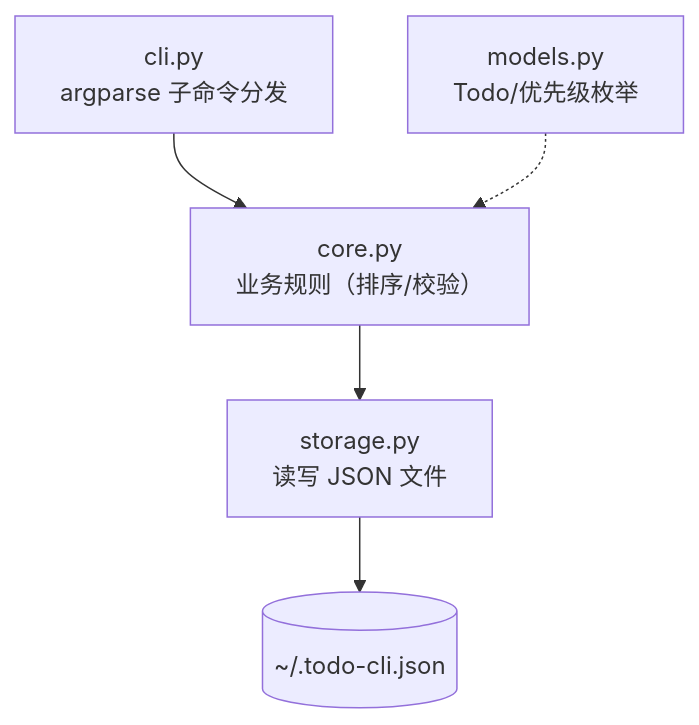
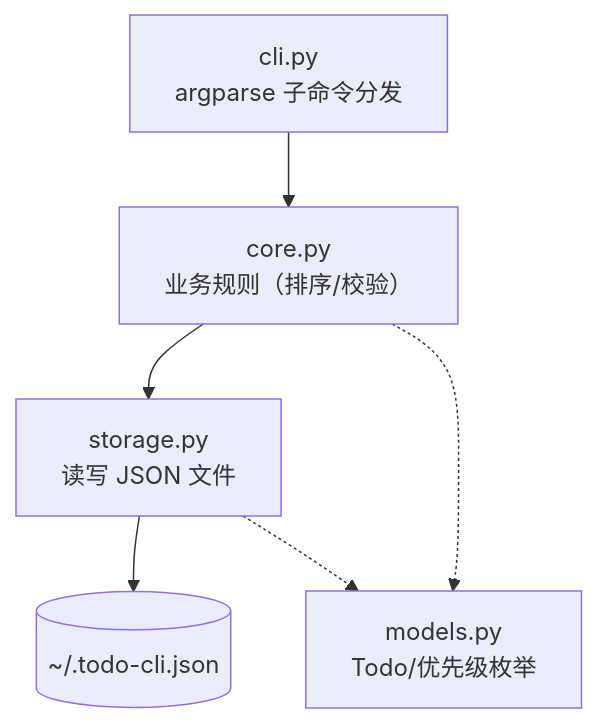
The first of 7 diagrams in examples/todo-cli/docs/02-design.md (ChiangyangNPU/spec-pilot), drawn with Mermaid before and after one commit. The commit also changed other lines of this file and 1 other file, not shown here.

````diff
--- a/examples/todo-cli/docs/02-design.md
+++ b/examples/todo-cli/docs/02-design.md
@@ -15,7 +15,8 @@
 ```mermaid
 flowchart TB
     CLI["cli.py<br/>argparse 子命令分发"] --> CORE["core.py<br/>业务规则（排序/校验）"]
     CORE --> STO["storage.py<br/>读写 JSON 文件"]
     STO --> DB[("~/.todo-cli.json")]
-    MODELS["models.py<br/>Todo/优先级枚举"] -.-> CORE
+    CORE -.-> MODELS["models.py<br/>Todo/优先级枚举"]
+    STO -.-> MODELS
 ```
````
